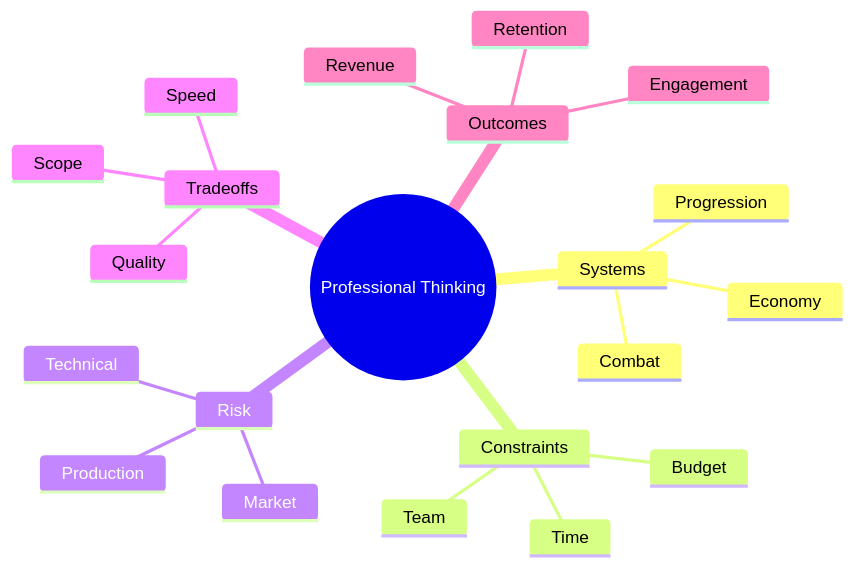
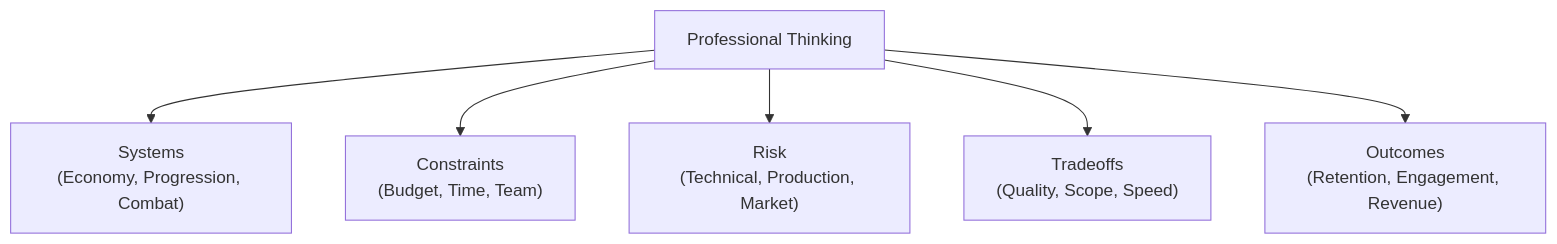
The third of 9 diagrams in docs/01-foundations.md (annias/spawn-dev-encyclopedia), drawn with Mermaid before and after one commit. The commit also changed other lines of this file and 1 other file, not shown here.

Commit message:
style: optimize diagrams layout, replacing mindmaps with clean trees and subgraphs

````diff
--- a/docs/01-foundations.md
+++ b/docs/01-foundations.md
@@ -83,24 +85,8 @@
 ```mermaid
-mindmap
-root(("Professional Thinking"))
-    Systems
-        Economy
-        Progression
-        Combat
-    Constraints
-        Budget
-        Time
-        Team
-    Risk
-        Technical
-        Production
-        Market
-    Tradeoffs
-        Quality
-        Scope
-        Speed
-    Outcomes
-        Retention
-        Engagement
-        Revenue
+flowchart TD
+    Root["Professional Thinking"] --> Systems["Systems<br>(Economy, Progression, Combat)"]
+    Root --> Constraints["Constraints<br>(Budget, Time, Team)"]
+    Root --> Risk["Risk<br>(Technical, Production, Market)"]
+    Root --> Tradeoffs["Tradeoffs<br>(Quality, Scope, Speed)"]
+    Root --> Outcomes["Outcomes<br>(Retention, Engagement, Revenue)"]
 ```
````
